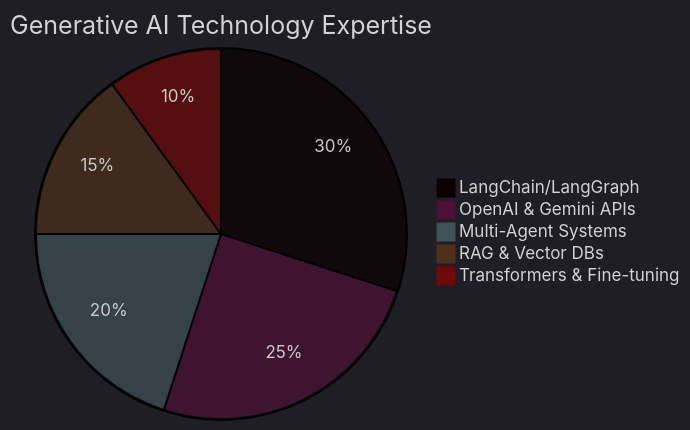
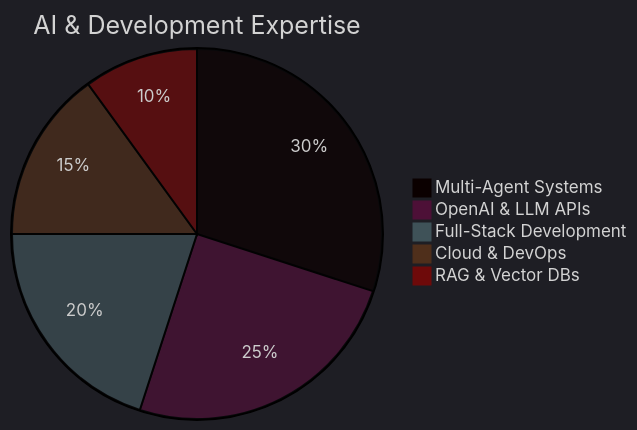
Before and after one commit to suyashagrahari/suyashagrahari: the second of 2 diagrams in README.md, drawn with Mermaid. The commit also changed other lines of this file, not shown here.

````diff
--- a/README.md
+++ b/README.md
@@ -344,9 +85,9 @@
 ```mermaid
 %%{init: {'theme':'dark'}}%%
-pie title Generative AI Technology Expertise
-    "LangChain/LangGraph" : 30
-    "OpenAI & Gemini APIs" : 25
-    "Multi-Agent Systems" : 20
-    "RAG & Vector DBs" : 15
-    "Transformers & Fine-tuning" : 10
+pie title AI & Development Expertise
+    "Multi-Agent Systems" : 30
+    "OpenAI & LLM APIs" : 25
+    "Full-Stack Development" : 20
+    "Cloud & DevOps" : 15
+    "RAG & Vector DBs" : 10
 ```
````
